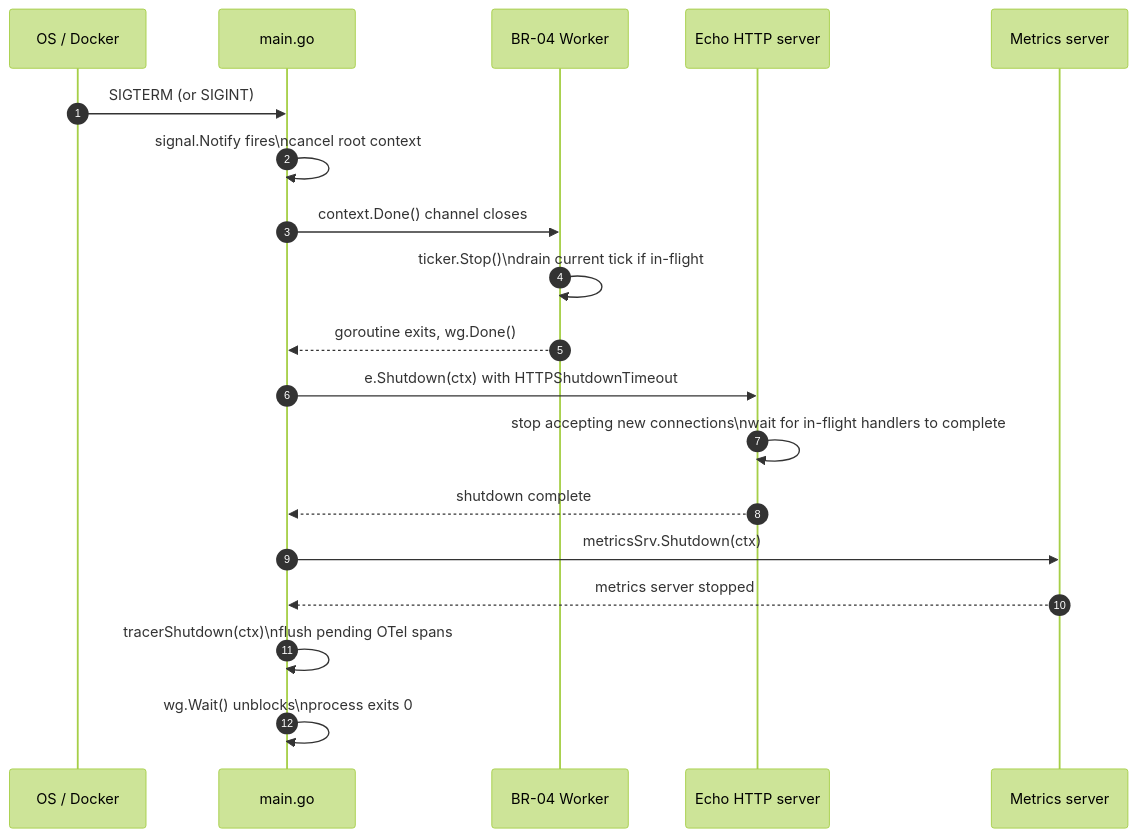
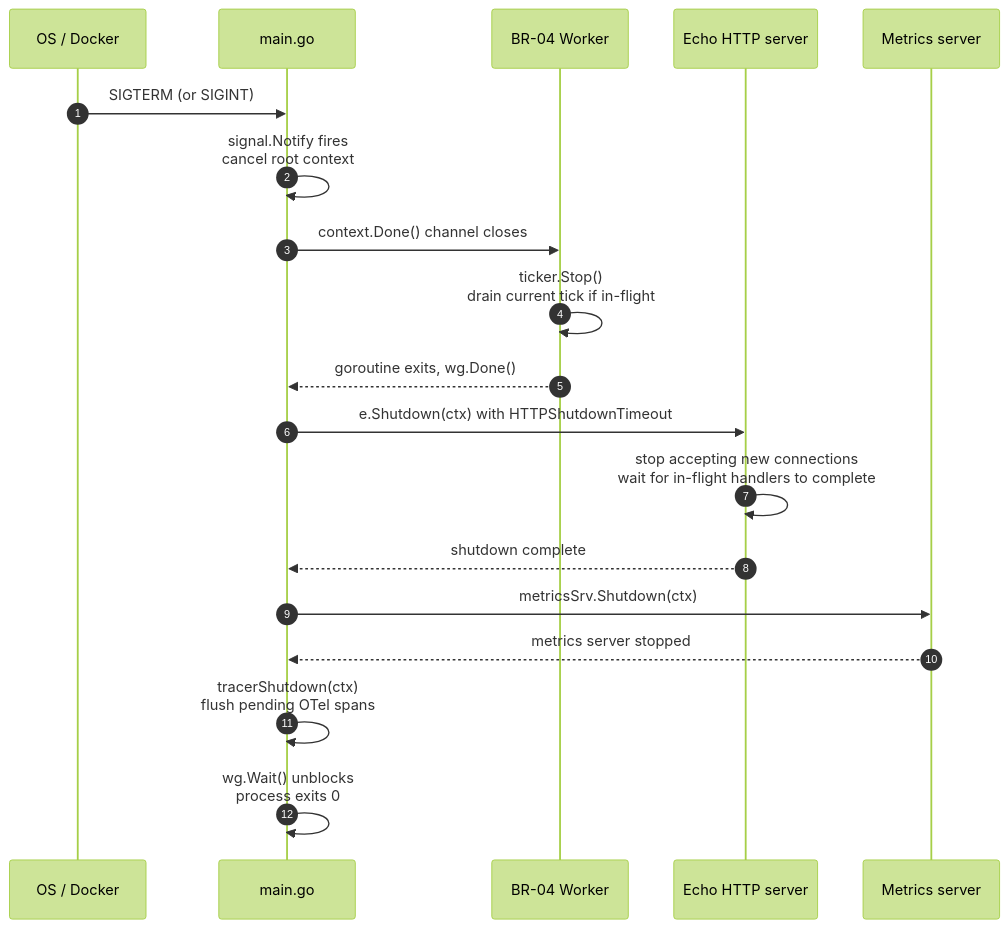
One commit to fairyhunter13/community-waste-collection-system changed the third of 3 diagrams in docs/deployment.md. Above: the diagram before and after it, drawn with Mermaid (forest theme). The commit also changed other lines of this file and 4 other files, not shown here.

First line of the commit message:
fix(docs): repair mermaid diagrams for GitHub compatibility

````diff
--- a/docs/deployment.md
+++ b/docs/deployment.md
@@ -75,22 +75,22 @@
 ```mermaid
 sequenceDiagram
     autonumber
     participant OS as OS / Docker
     participant M as main.go
     participant W as BR-04 Worker
     participant E as Echo HTTP server
     participant MS as Metrics server
 
     OS->>M: SIGTERM (or SIGINT)
-    M->>M: signal.Notify fires\ncancel root context
+    M->>M: signal.Notify fires<br/>cancel root context
     M->>W: context.Done() channel closes
-    W->>W: ticker.Stop()\ndrain current tick if in-flight
+    W->>W: ticker.Stop()<br/>drain current tick if in-flight
     W-->>M: goroutine exits, wg.Done()
     M->>E: e.Shutdown(ctx) with HTTPShutdownTimeout
-    E->>E: stop accepting new connections\nwait for in-flight handlers to complete
+    E->>E: stop accepting new connections<br/>wait for in-flight handlers to complete
     E-->>M: shutdown complete
     M->>MS: metricsSrv.Shutdown(ctx)
     MS-->>M: metrics server stopped
-    M->>M: tracerShutdown(ctx)\nflush pending OTel spans
-    M->>M: wg.Wait() unblocks\nprocess exits 0
+    M->>M: tracerShutdown(ctx)<br/>flush pending OTel spans
+    M->>M: wg.Wait() unblocks<br/>process exits 0
 ```
````
